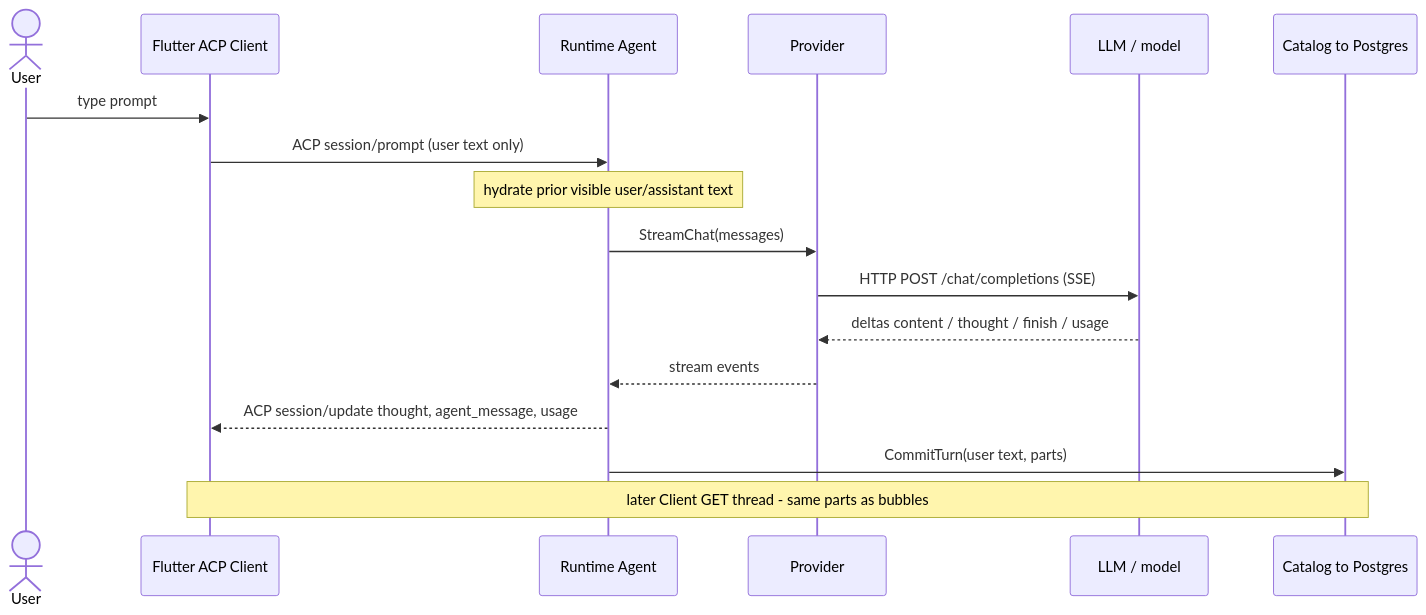
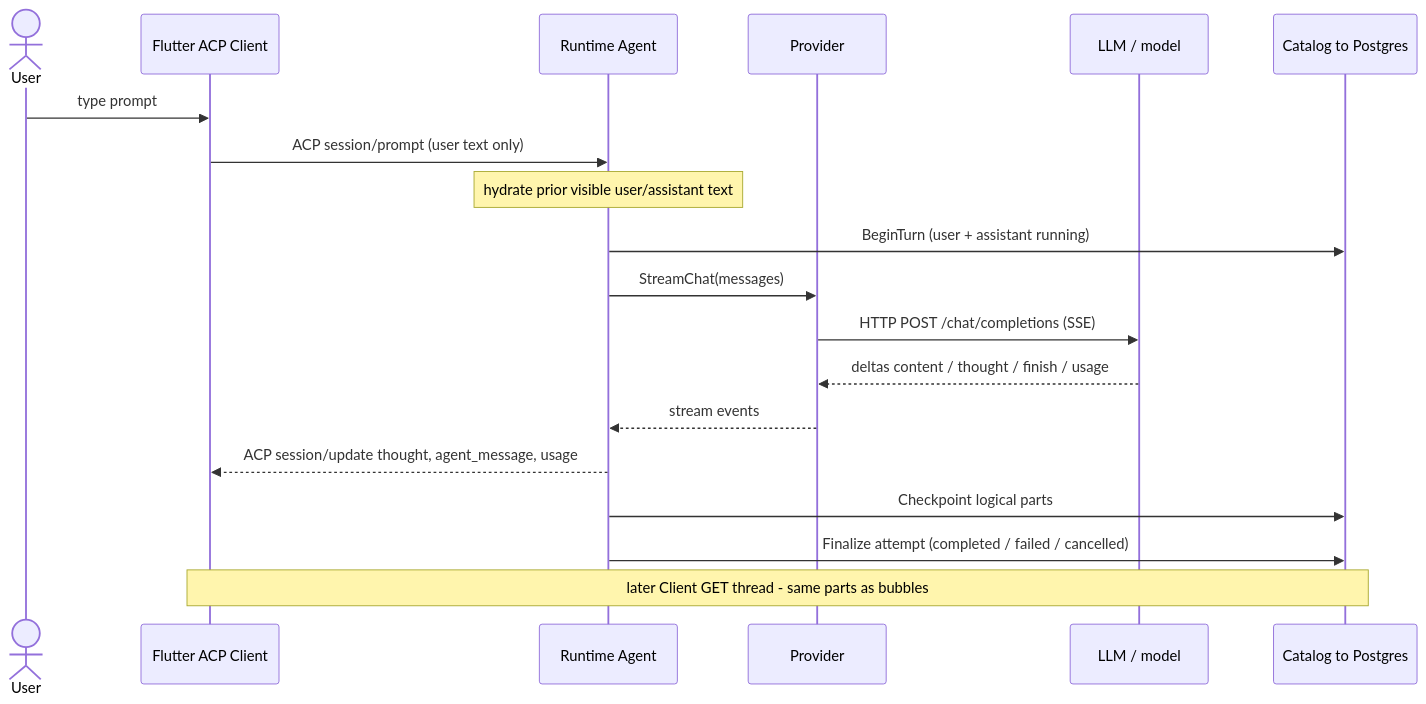
Before and after one commit to tryy3/agent-fabric: the third of 6 diagrams in docs/architecture.md, drawn with Mermaid. The commit also changed other lines of this file and 26 other files, not shown here.

````diff
--- a/docs/architecture.md
+++ b/docs/architecture.md
@@ -139,20 +139,22 @@
 ```mermaid
 sequenceDiagram
   actor User
   participant Client as Flutter ACP Client
   participant Agent as Runtime Agent
   participant Prov as Provider
   participant LLM as LLM / model
   participant Catalog as Catalog to Postgres
 
   User->>Client: type prompt
   Client->>Agent: ACP session/prompt (user text only)
   Note over Agent: hydrate prior visible user/assistant text
+  Agent->>Catalog: BeginTurn (user + assistant running)
   Agent->>Prov: StreamChat(messages)
   Prov->>LLM: HTTP POST /chat/completions (SSE)
   LLM-->>Prov: deltas content / thought / finish / usage
   Prov-->>Agent: stream events
   Agent-->>Client: ACP session/update thought, agent_message, usage
-  Agent->>Catalog: CommitTurn(user text, parts)
+  Agent->>Catalog: Checkpoint logical parts
+  Agent->>Catalog: Finalize attempt (completed / failed / cancelled)
   Note over Client,Catalog: later Client GET thread - same parts as bubbles
 ```
````
